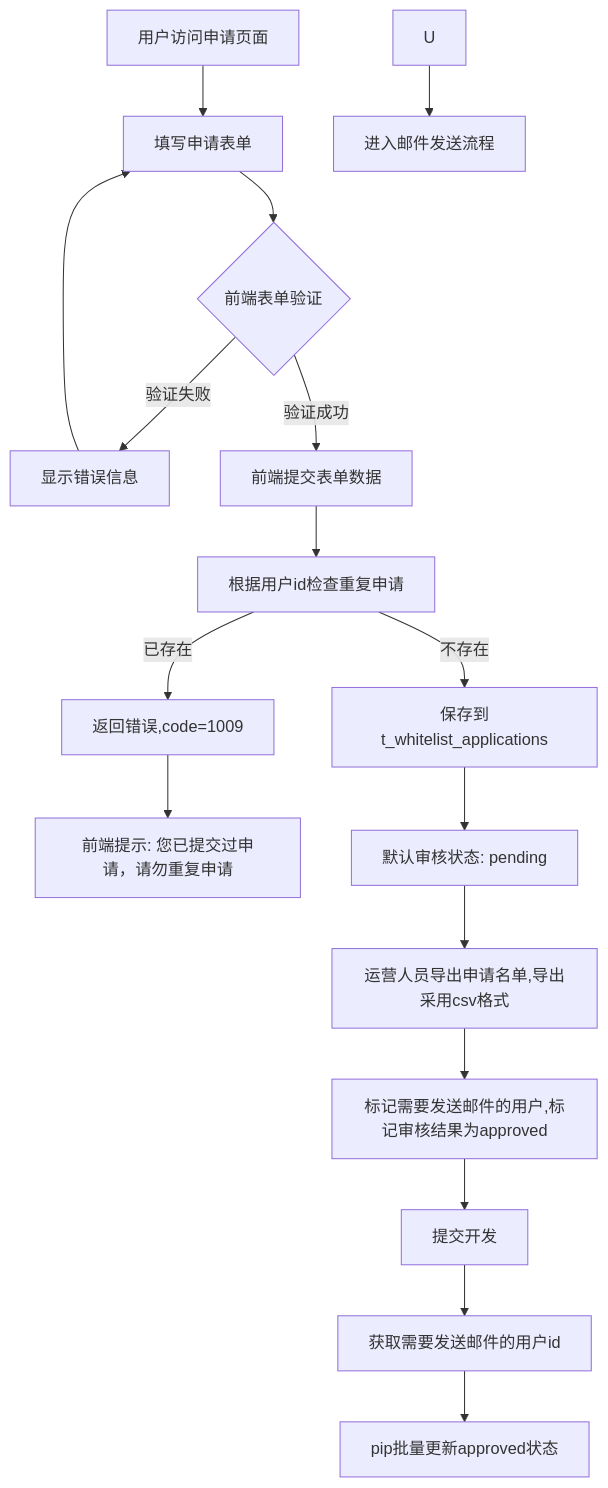
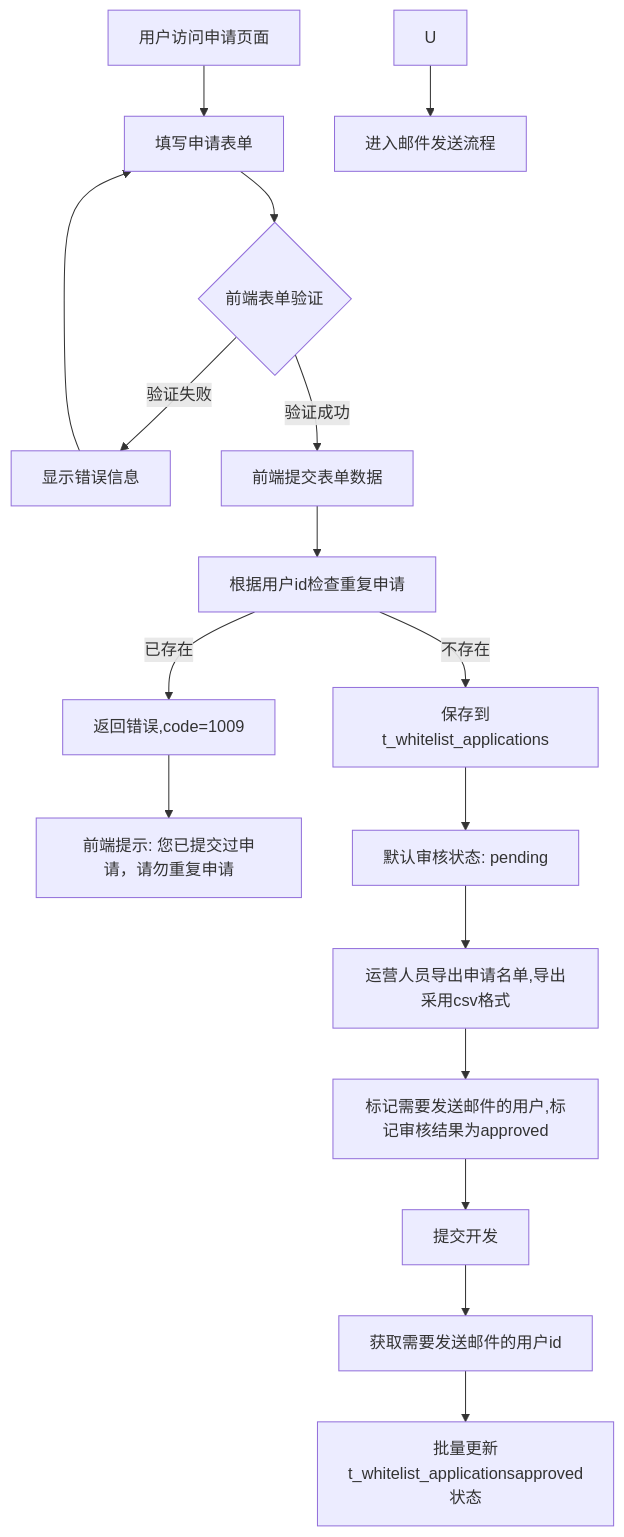
Before and after one commit to yingjianzh/iodraw-files: the diagram in all/未命名-76.md, drawn with Mermaid.

Commit message:
2025-07-08 09:52:38 update

````diff
--- a/all/未命名-76.md
+++ b/all/未命名-76.md
@@ -1,22 +1,22 @@
 ```mermaid
 
 flowchart TD
     A[用户访问申请页面] --> B[填写申请表单]
     B --> C{前端表单验证}
     C -->|验证失败| D[显示错误信息]
     D --> B
     C -->|验证成功| E[前端提交表单数据]
     E --> F[根据用户id检查重复申请]
     F -->|已存在| G[返回错误,code=1009]
     G --> H[前端提示: 您已提交过申请，请勿重复申请]
     F -->|不存在| I[保存到t_whitelist_applications]
     I --> K[默认审核状态: pending]
     
     K --> P[运营人员导出申请名单,导出采用csv格式]
     P --> S[标记需要发送邮件的用户,标记审核结果为approved]
     S --> T[提交开发]
     T --> T1[获取需要发送邮件的用户id]
-    T1--> T2[pip批量更新approved状态]
+    T1--> T2[批量更新t_whitelist_applicationsapproved状态]
     U --> V[进入邮件发送流程]
 
 ```
````
